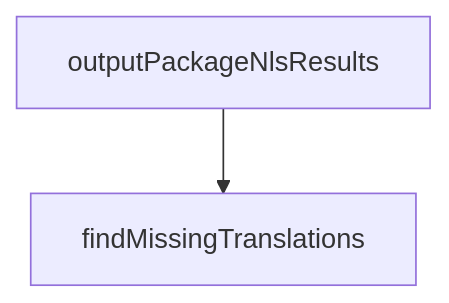
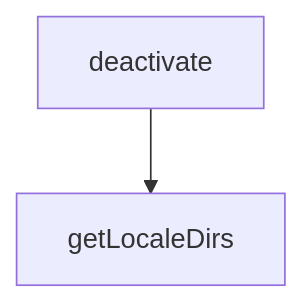
One commit to johnxie/awesome-code-docs changed the second of 2 diagrams in tutorials/roo-code-tutorial/08-enterprise-operations.md. Above: the diagram before and after it, drawn with Mermaid. The commit also changed other lines of this file and 1232 other files, not shown here.

````diff
--- a/tutorials/roo-code-tutorial/08-enterprise-operations.md
+++ b/tutorials/roo-code-tutorial/08-enterprise-operations.md
@@ -199,6 +197,6 @@
 ```mermaid
 flowchart TD
-    A[outputPackageNlsResults]
-    B[findMissingTranslations]
+    A[deactivate]
+    B[getLocaleDirs]
     A --> B
 ```
````
